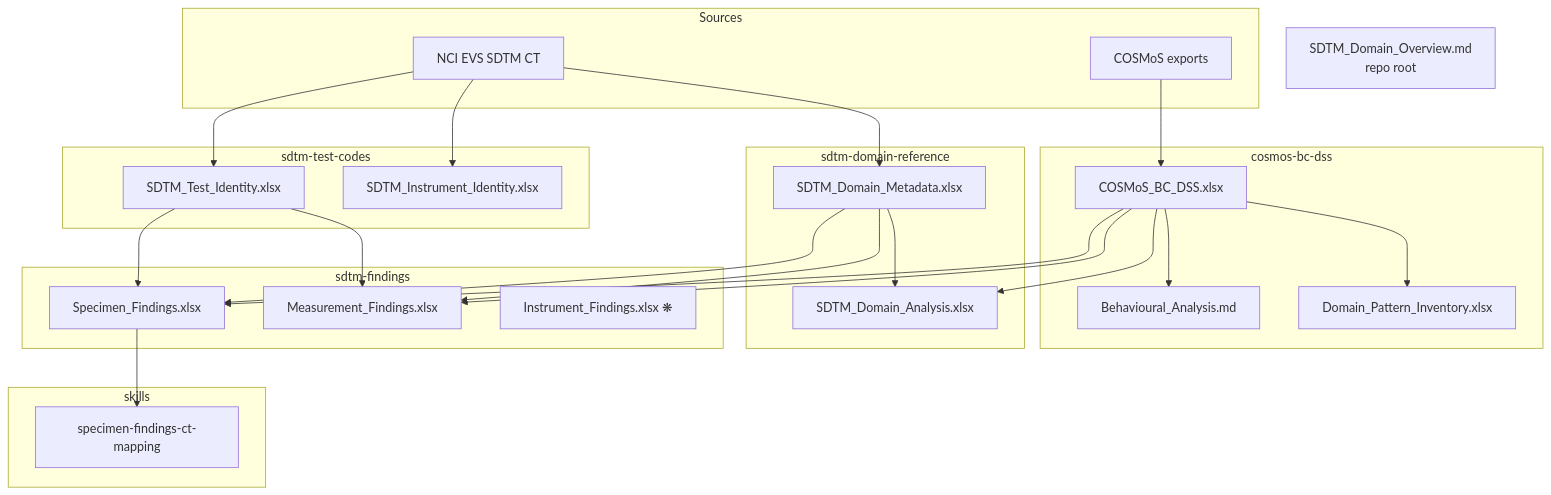
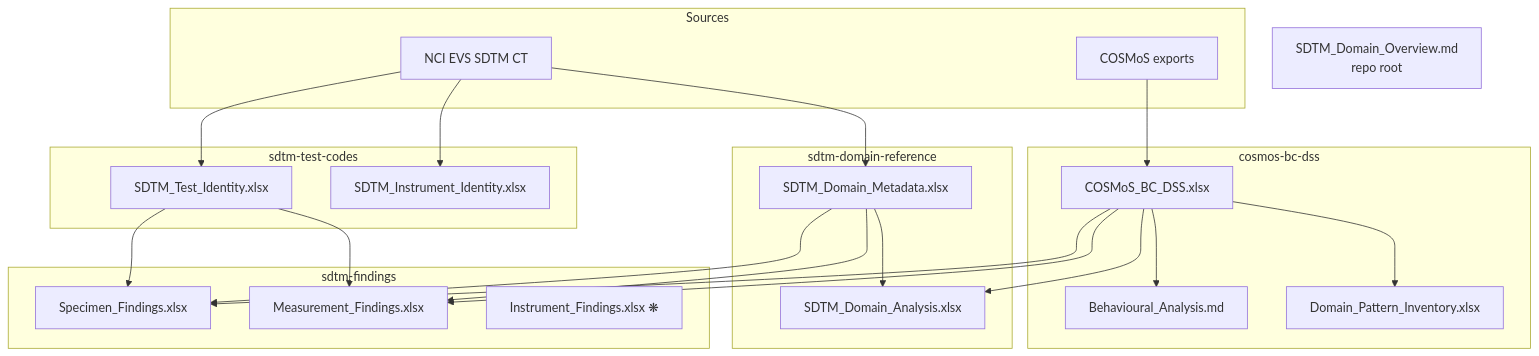
The diagram in README.md (kerfors/cdisc-for-ai), drawn with Mermaid before and after one commit. The commit also changed other lines of this file and 6 other files, not shown here.

First line of the commit message:
Remove specimen-findings-ct-mapping from public repo

````diff
--- a/README.md
+++ b/README.md
@@ -58,54 +57,48 @@
 ```mermaid
 graph TD
     subgraph Sources
         EVS["NCI EVS SDTM CT"]
         COS["COSMoS exports"]
     end
 
     subgraph sdtm-test-codes
         TI["SDTM_Test_Identity.xlsx"]
         II["SDTM_Instrument_Identity.xlsx"]
     end
 
     subgraph cosmos-bc-dss
         BCD["COSMoS_BC_DSS.xlsx"]
         BA["Behavioural_Analysis.md"]
         DPI["Domain_Pattern_Inventory.xlsx"]
     end
 
     subgraph sdtm-domain-reference
         DM["SDTM_Domain_Metadata.xlsx"]
         DA["SDTM_Domain_Analysis.xlsx"]
     end
 
     subgraph sdtm-findings
         SF["Specimen_Findings.xlsx"]
         MF["Measurement_Findings.xlsx"]
         IF["Instrument_Findings.xlsx ❋"]
     end
 
-    subgraph skills
-        SK["specimen-findings-ct-mapping"]
-    end
-
     EVS --> TI
     EVS --> II
     COS --> BCD
     BCD --> BA
     BCD --> DPI
     EVS --> DM
     BCD --> DA
     DM --> DA
 
     TI --> SF
     DM --> SF
     BCD --> SF
 
     TI --> MF
     DM --> MF
     BCD --> MF
 
-    SF --> SK
-
     DO["SDTM_Domain_Overview.md<br/>repo root"]
 ```
````
